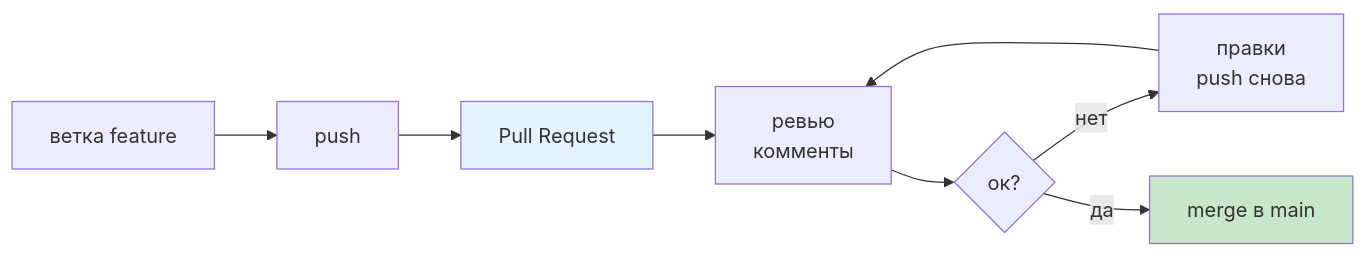
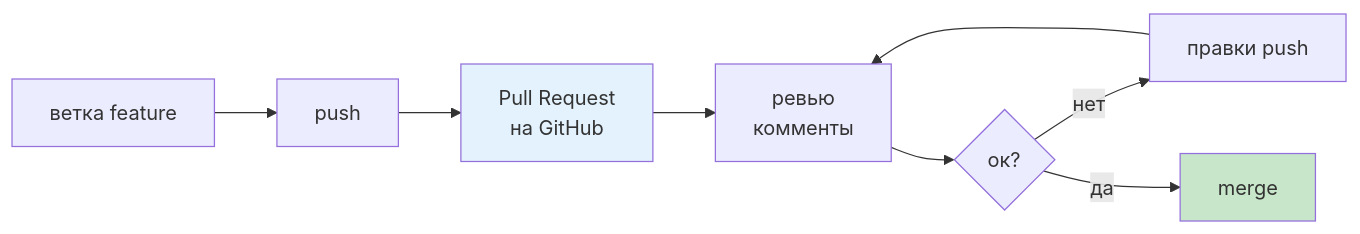
Before and after one commit to JayStorm228/College: the third of 3 diagrams in 02_Курсы/01. Инженерные практики Python/01_Лекции/13. Git и GitHub.md, drawn with Mermaid. The commit also changed other lines of this file and 7 other files, not shown here.

First line of the commit message:
инженерка 09,11-17: перепись разжёвано + диаграммы

````diff
--- a/02_Курсы/01. Инженерные практики Python/01_Лекции/13. Git и GitHub.md
+++ b/02_Курсы/01. Инженерные практики Python/01_Лекции/13. Git и GitHub.md
@@ -148,12 +126,12 @@
 ```mermaid
 flowchart LR
   A[ветка feature] --> B[push]
-  B --> C[Pull Request]
+  B --> C[Pull Request<br>на GitHub]
   C --> D[ревью<br>комменты]
   D --> E{ок?}
-  E -- нет --> F[правки<br>push снова]
+  E -- нет --> F[правки push]
   F --> D
-  E -- да --> G[merge в main]
+  E -- да --> G[merge]
   style C fill:#e3f2fd
   style G fill:#c8e6c9
 ```
````
